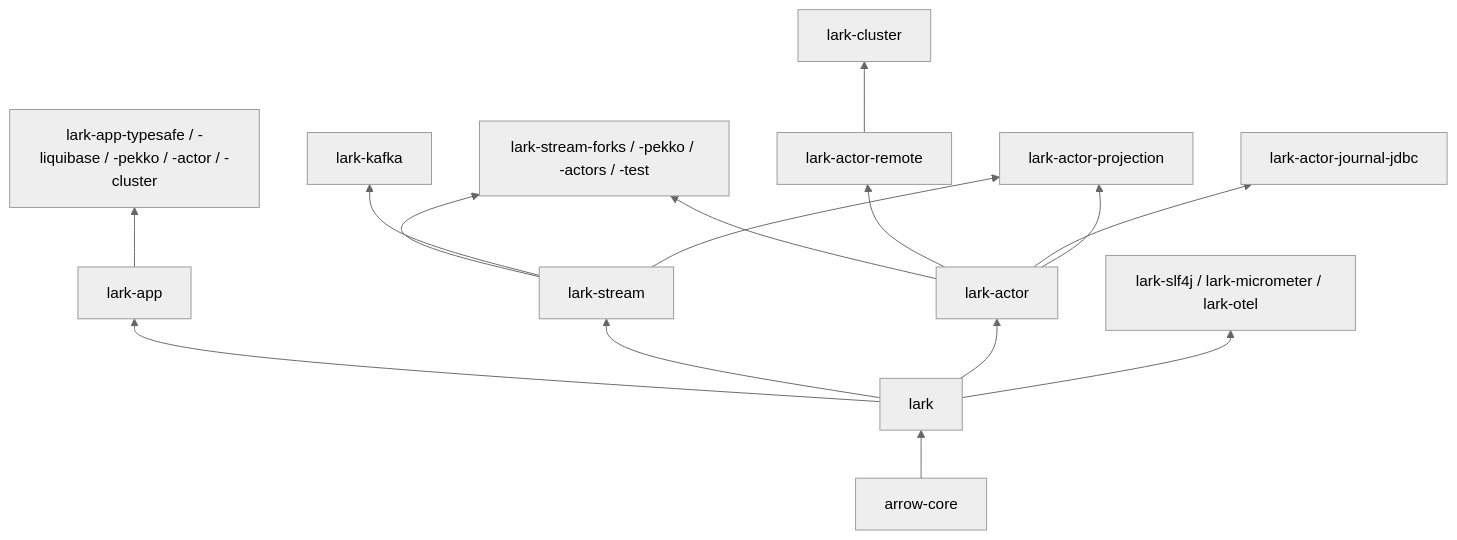
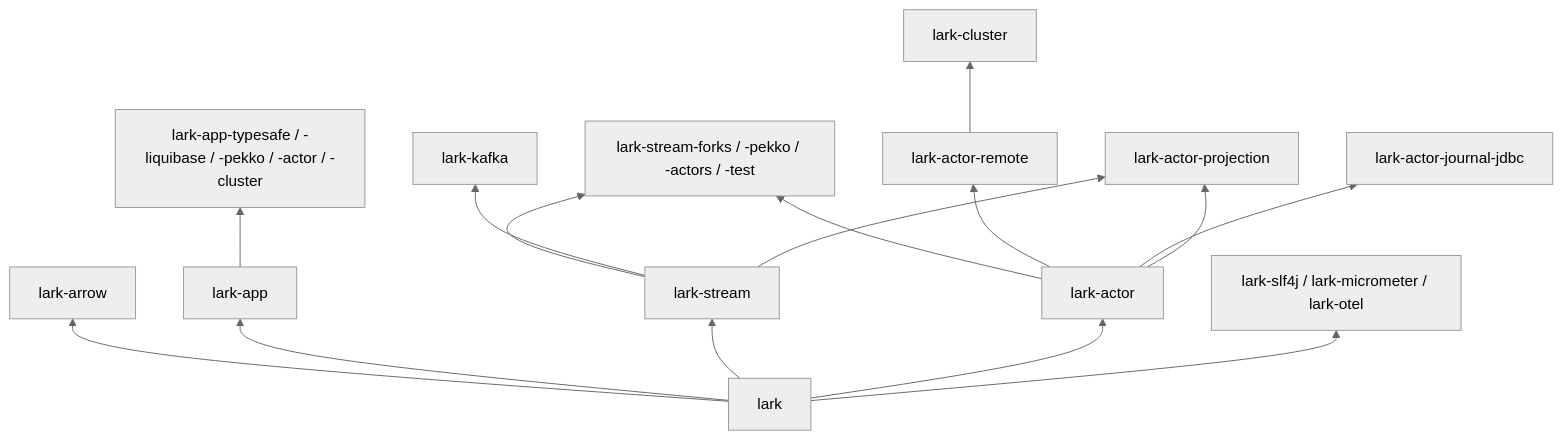
One commit to matthewjones372/lark changed the diagram in README.md. Above: the diagram before and after it, drawn with Mermaid (neutral theme). The commit also changed other lines of this file and 18 other files, not shown here.

````diff
--- a/README.md
+++ b/README.md
@@ -124,17 +126,17 @@
 ```mermaid
 graph BT
-    arrow[arrow-core] --> lark
+    lark --> larkarrow[lark-arrow]
     lark --> app[lark-app]
     lark --> stream[lark-stream]
     lark --> actor[lark-actor]
     stream --> backends["lark-stream-forks / -pekko / -actors / -test"]
     actor --> backends
     stream --> kafka[lark-kafka]
     actor --> remote[lark-actor-remote]
     remote --> cluster[lark-cluster]
     actor --> journal[lark-actor-journal-jdbc]
     actor --> projection[lark-actor-projection]
     stream --> projection
     app --> appint["lark-app-typesafe / -liquibase / -pekko / -actor / -cluster"]
     lark --> obs["lark-slf4j / lark-micrometer / lark-otel"]
 ```
````
